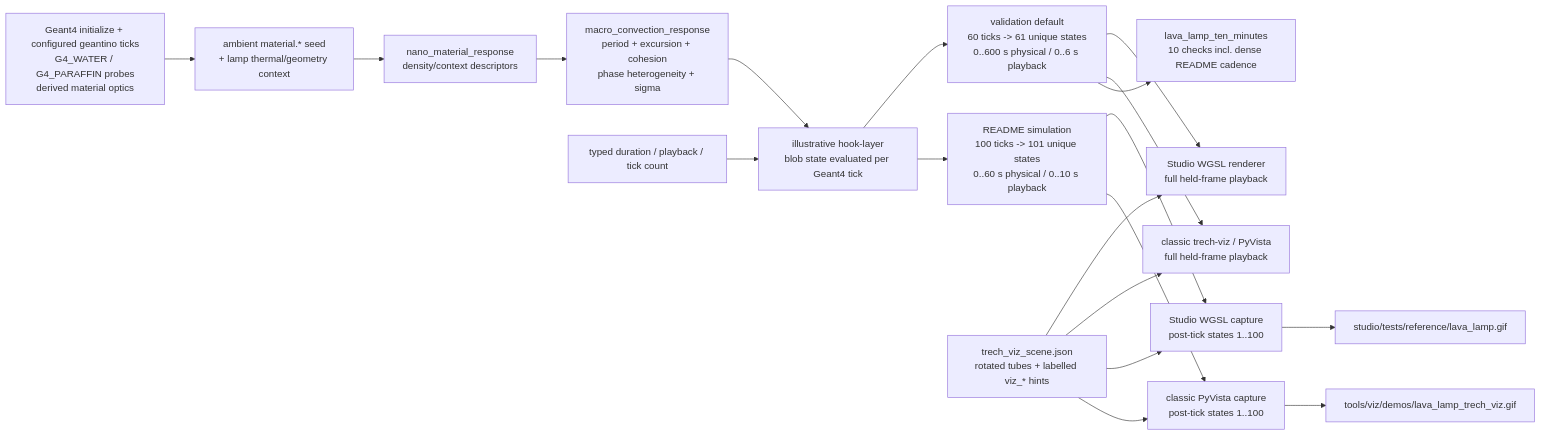
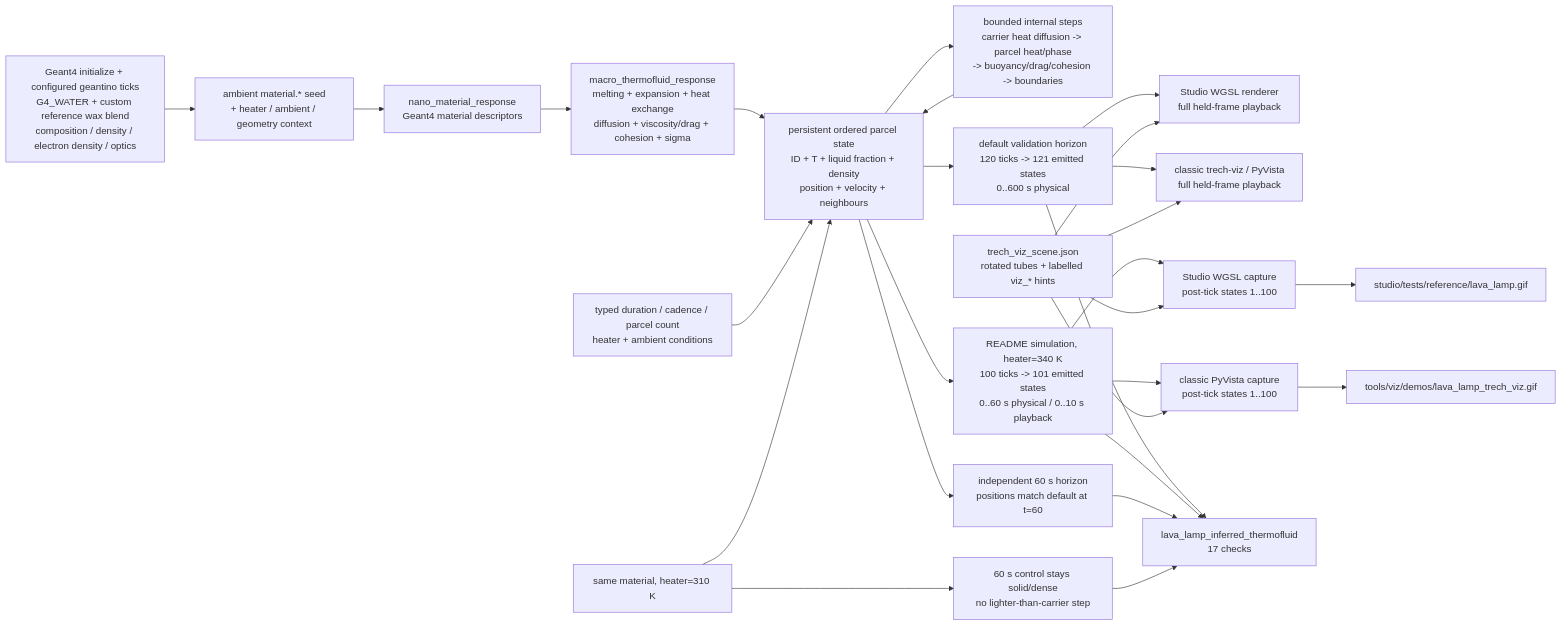
One commit to Geckos-Ink/trech changed diagram 14 of 24 in CHARTS.md. Above: the diagram before and after it, drawn with Mermaid. The commit also changed other lines of this file and 22 other files, not shown here.

Commit message:
fix: replace scripted lava lamp with inferred dynamics

````diff
--- a/CHARTS.md
+++ b/CHARTS.md
@@ -306,21 +306,29 @@
 ```mermaid
 flowchart LR
-  G4["Geant4 initialize + configured geantino ticks\nG4_WATER / G4_PARAFFIN probes\nderived material optics"] --> SEED["ambient material.* seed\n+ lamp thermal/geometry context"]
-  SEED --> NANO["nano_material_response\ndensity/context descriptors"]
-  NANO --> MACRO["macro_convection_response\nperiod + excursion + cohesion\nphase heterogeneity + sigma"]
-  MACRO --> HOOK["illustrative hook-layer\nblob state evaluated per Geant4 tick"]
-  PARAM["typed duration / playback / tick count"] --> HOOK
-  HOOK --> DEFAULT["validation default\n60 ticks -> 61 unique states\n0..600 s physical / 0..6 s playback"]
-  HOOK --> README["README simulation\n100 ticks -> 101 unique states\n0..60 s physical / 0..10 s playback"]
+  G4["Geant4 initialize + configured geantino ticks\nG4_WATER + custom reference wax blend\ncomposition / density / electron density / optics"] --> SEED["ambient material.* seed\n+ heater / ambient / geometry context"]
+  SEED --> NANO["nano_material_response\nGeant4 material descriptors"]
+  NANO --> MACRO["macro_thermofluid_response\nmelting + expansion + heat exchange\ndiffusion + viscosity/drag + cohesion + sigma"]
+  MACRO --> STATE["persistent ordered parcel state\nID + T + liquid fraction + density\nposition + velocity + neighbours"]
+  PARAM["typed duration / cadence / parcel count\nheater + ambient conditions"] --> STATE
+  STATE --> STEP["bounded internal steps\ncarrier heat diffusion -> parcel heat/phase\n-> buoyancy/drag/cohesion -> boundaries"]
+  STEP --> STATE
+  STATE --> DEFAULT["default validation horizon\n120 ticks -> 121 emitted states\n0..600 s physical"]
+  STATE --> README["README simulation, heater=340 K\n100 ticks -> 101 emitted states\n0..60 s physical / 0..10 s playback"]
+  STATE --> HORIZON["independent 60 s horizon\npositions match default at t=60"]
+  CONTROL["same material, heater=310 K"] --> STATE
+  CONTROL --> COOL["60 s control stays solid/dense\nno lighter-than-carrier step"]
   DEFAULT --> STUDIO["Studio WGSL renderer\nfull held-frame playback"]
   DEFAULT --> CLASSIC["classic trech-viz / PyVista\nfull held-frame playback"]
   README --> STUDIOGIF["Studio WGSL capture\npost-tick states 1..100"]
   README --> CLASSICGIF["classic PyVista capture\npost-tick states 1..100"]
   SCENE["trech_viz_scene.json\nrotated tubes + labelled viz_* hints"] --> STUDIO
   SCENE --> CLASSIC
   SCENE --> STUDIOGIF
   SCENE --> CLASSICGIF
   STUDIOGIF --> SGIF["studio/tests/reference/lava_lamp.gif"]
   CLASSICGIF --> CGIF["tools/viz/demos/lava_lamp_trech_viz.gif"]
-  DEFAULT --> VAL["lava_lamp_ten_minutes\n10 checks incl. dense README cadence"]
+  DEFAULT --> VAL["lava_lamp_inferred_thermofluid\n17 checks"]
+  README --> VAL
+  HORIZON --> VAL
+  COOL --> VAL
 ```
````
